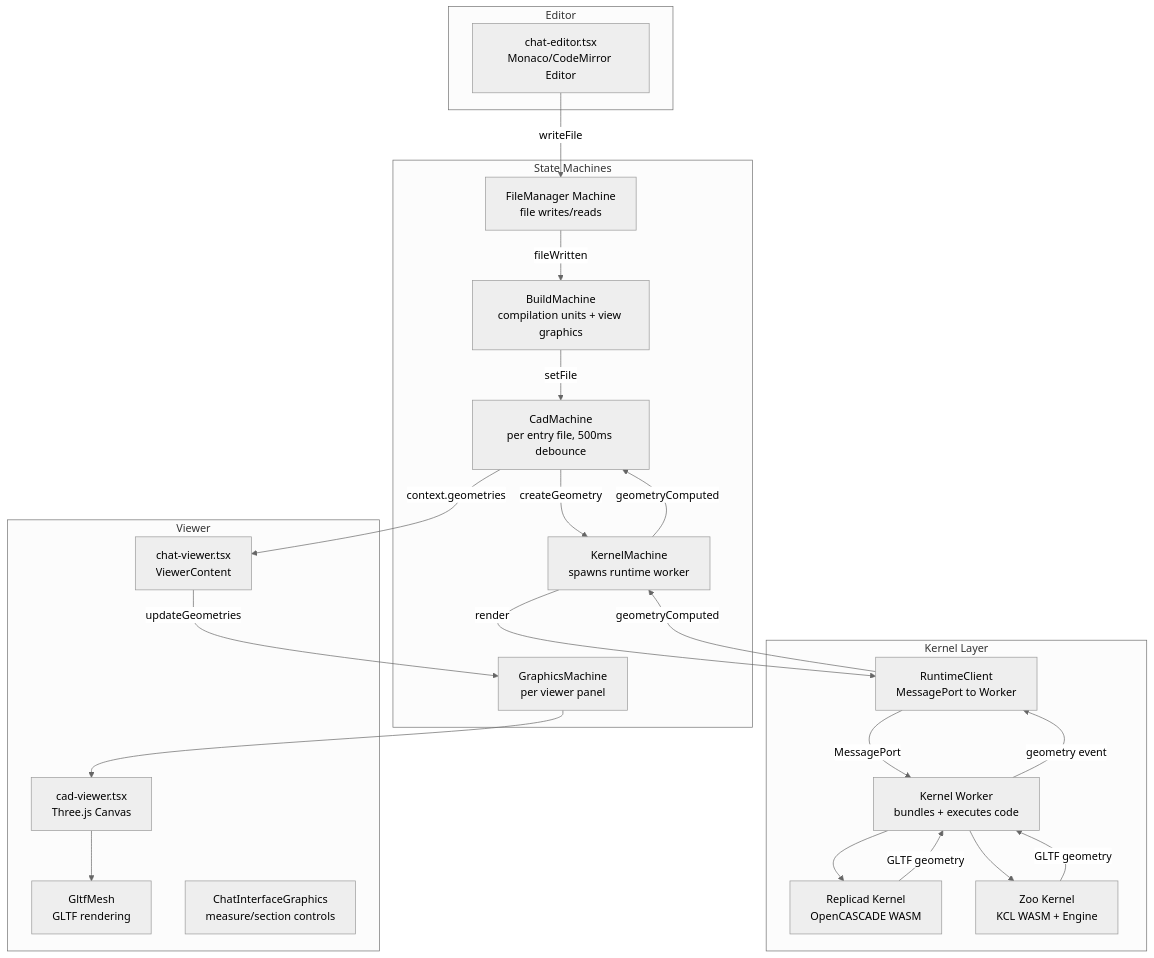
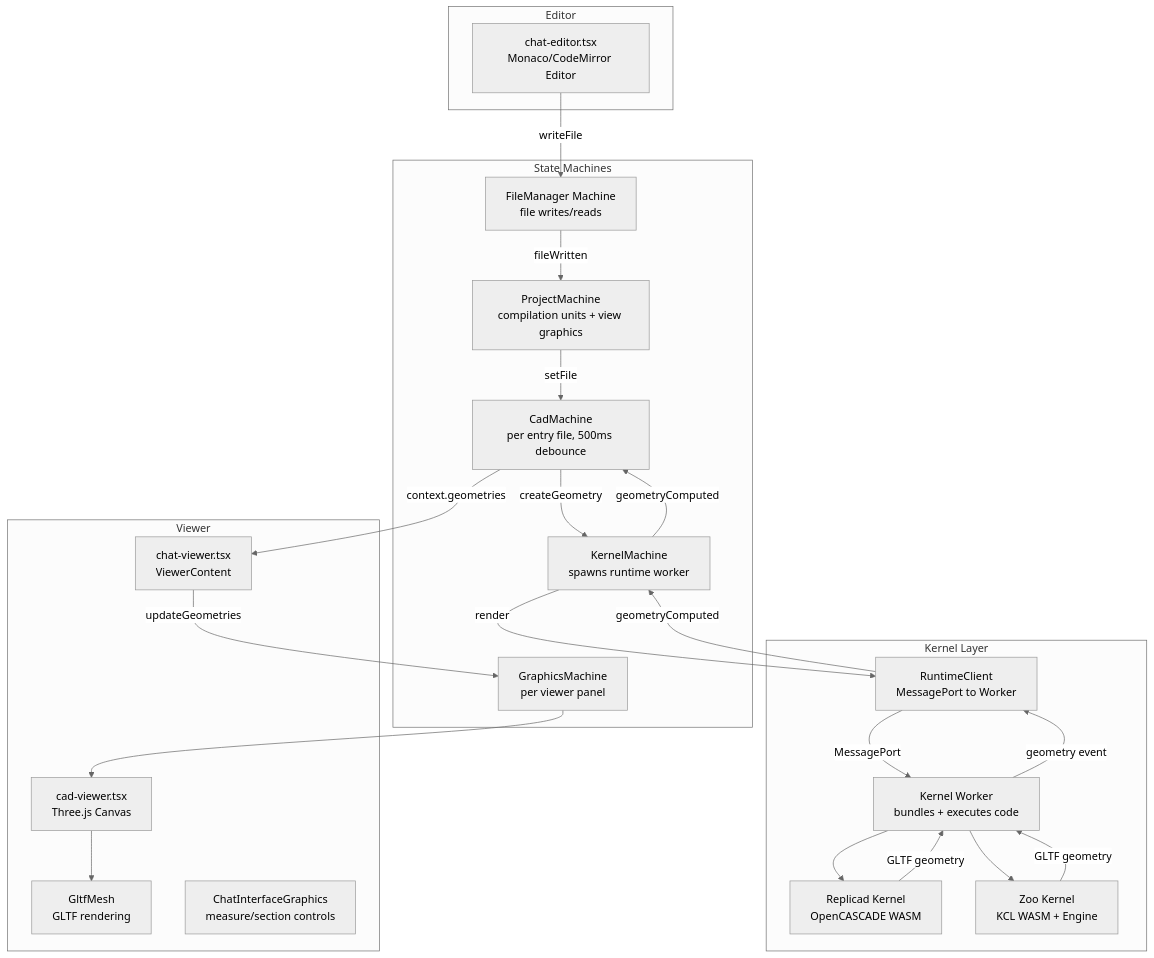
One commit to xupeiwust/tau changed the third of 5 diagrams in docs/research/code-geometry-correlation.md. Above: the diagram before and after it, drawn with Mermaid (neutral theme). The commit also changed other lines of this file and 305 other files, not shown here.

````diff
--- a/docs/research/code-geometry-correlation.md
+++ b/docs/research/code-geometry-correlation.md
@@ -308,46 +308,46 @@
 ```mermaid
 graph TD
     subgraph Editor
         CE[chat-editor.tsx<br/>Monaco/CodeMirror Editor]
     end
 
     subgraph State Machines
         FM[FileManager Machine<br/>file writes/reads]
-        BM[BuildMachine<br/>compilation units + view graphics]
+        BM[ProjectMachine<br/>compilation units + view graphics]
         CM[CadMachine<br/>per entry file, 500ms debounce]
         KM[KernelMachine<br/>spawns runtime worker]
         GM[GraphicsMachine<br/>per viewer panel]
     end
 
     subgraph Kernel Layer
         KC[RuntimeClient<br/>MessagePort to Worker]
         KW[Kernel Worker<br/>bundles + executes code]
         RK[Replicad Kernel<br/>OpenCASCADE WASM]
         ZK[Zoo Kernel<br/>KCL WASM + Engine]
     end
 
     subgraph Viewer
         CV[chat-viewer.tsx<br/>ViewerContent]
         CAD[cad-viewer.tsx<br/>Three.js Canvas]
         GM2[GltfMesh<br/>GLTF rendering]
         CIG[ChatInterfaceGraphics<br/>measure/section controls]
     end
 
     CE -->|writeFile| FM
     FM -->|fileWritten| BM
     BM -->|setFile| CM
     CM -->|createGeometry| KM
     KM -->|render| KC
     KC -->|MessagePort| KW
     KW --> RK
     KW --> ZK
     RK -->|GLTF geometry| KW
     ZK -->|GLTF geometry| KW
     KW -->|geometry event| KC
     KC -->|geometryComputed| KM
     KM -->|geometryComputed| CM
     CM -->|context.geometries| CV
     CV -->|updateGeometries| GM
     GM --> CAD
     CAD --> GM2
 ```
````
